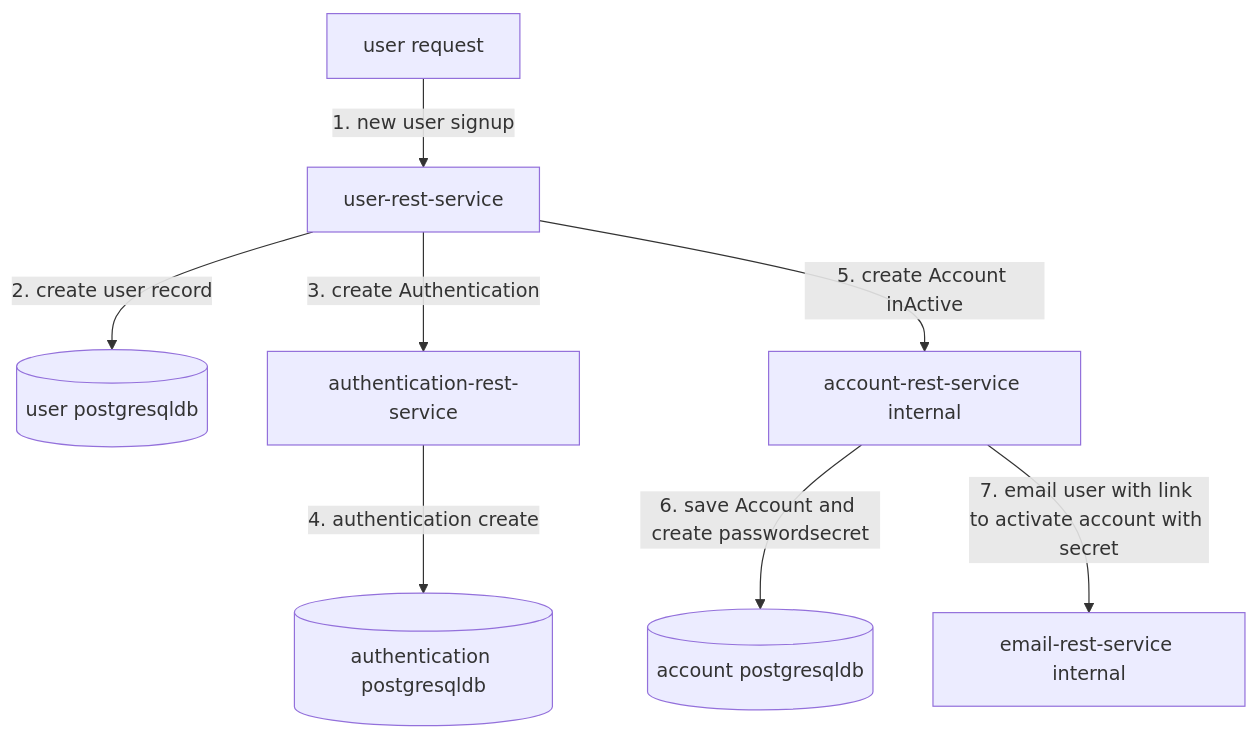
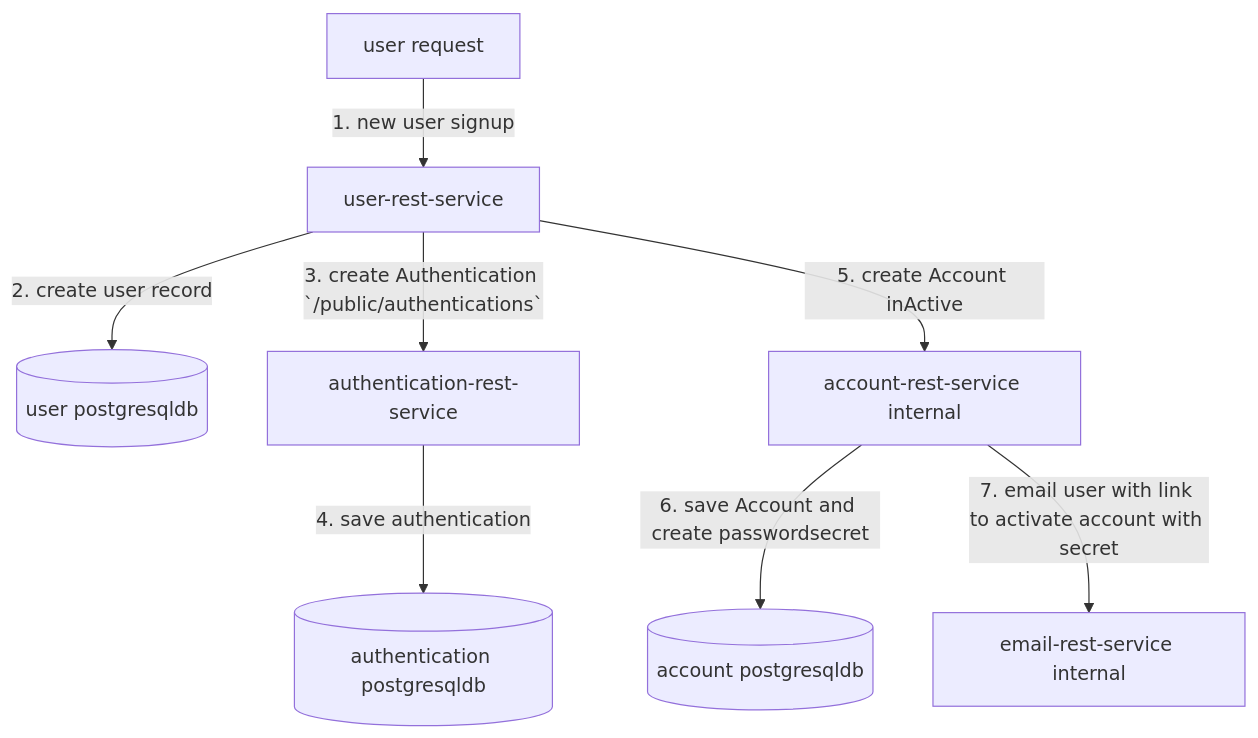
Before and after one commit to sonamsamdupkhangsar/sonamsamdupkhangsar.github.io: the second of 5 diagrams in README.md, drawn with Mermaid.

Commit message:
add path

````diff
--- a/README.md
+++ b/README.md
@@ -38,10 +38,10 @@
 ```mermaid
 flowchart TD
     UserRequest[user request] --> |1. new user signup| UserRestService[user-rest-service]
     UserRestService -->|2. create user record| UserPgsqlDb[(user postgresqldb)]
-    UserRestService -->|3. create Authentication | AuthenticationRestService[authentication-rest-service]
-    AuthenticationRestService -->|4. authentication create| AuthenticationPgsqlDb[(authentication postgresqldb)]
+    UserRestService -->|3. create Authentication `/public/authentications` | AuthenticationRestService[authentication-rest-service]
+    AuthenticationRestService -->|4. save authentication| AuthenticationPgsqlDb[(authentication postgresqldb)]
     UserRestService -->|5. create Account inActive| AccountRestService[account-rest-service internal]
     AccountRestService -->|6. save Account and create passwordsecret| AccountPgsqlDb[(account postgresqldb)]
     AccountRestService --> |7. email user with link to activate account with secret| EmailRestService[email-rest-service internal]    
 ```
````
